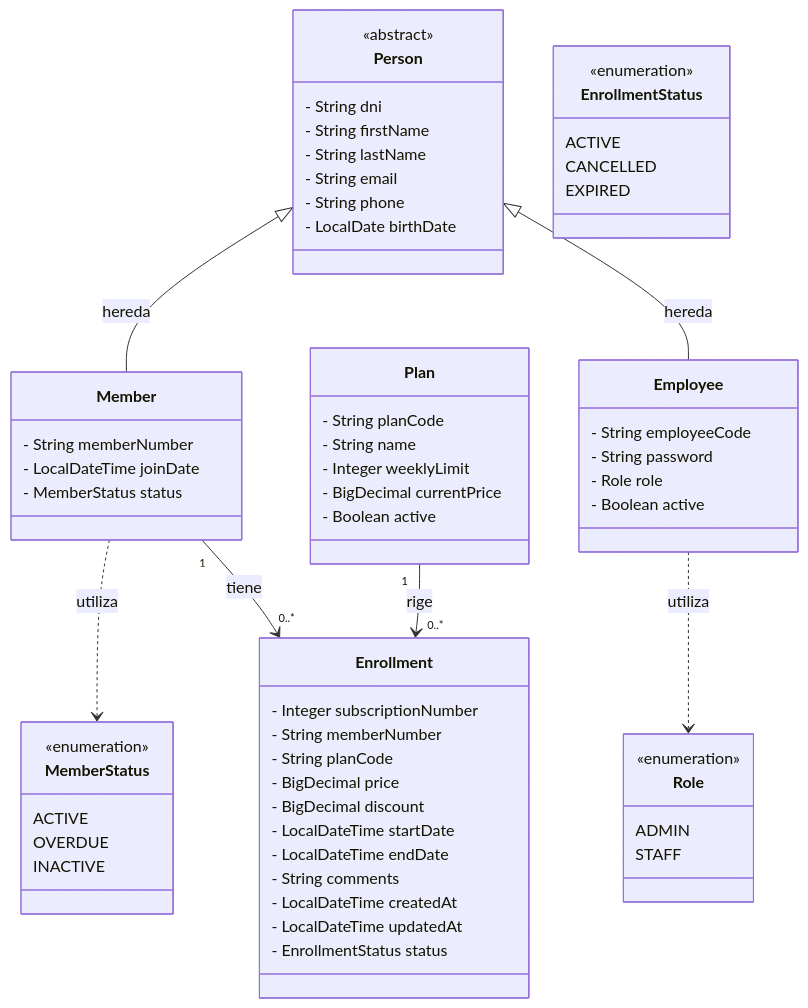
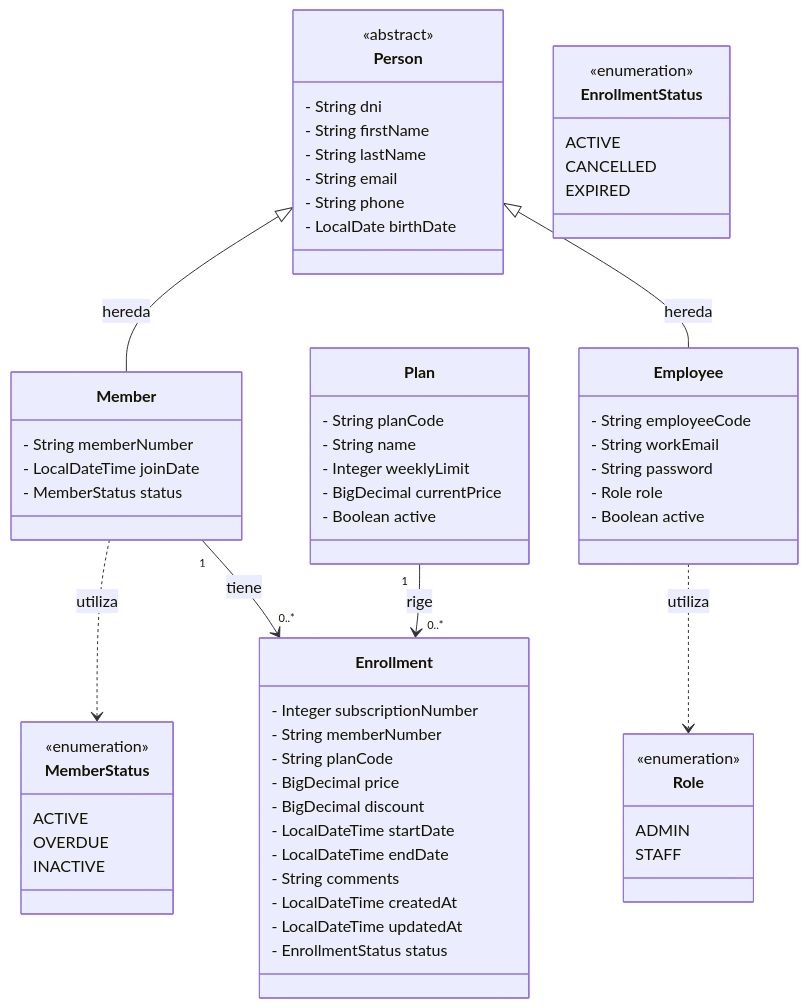
Before and after one commit to santiagovOK/TFI_grupo144: the first of 2 diagrams in docs/entidades.md, drawn with Mermaid. The commit also changed other lines of this file and 5 other files, not shown here.

````diff
--- a/docs/entidades.md
+++ b/docs/entidades.md
@@ -13,76 +13,77 @@
 ```mermaid
 classDiagram
     direction TB
 
     class Person {
         <<abstract>>
         - String dni
         - String firstName
         - String lastName
         - String email
         - String phone
         - LocalDate birthDate
     }
 
     class Member {
         - String memberNumber
         - LocalDateTime joinDate
         - MemberStatus status
     }
 
     class Employee {
         - String employeeCode
+        - String workEmail
         - String password
         - Role role
         - Boolean active
     }
 
     class Plan {
         - String planCode
         - String name
         - Integer weeklyLimit
         - BigDecimal currentPrice
         - Boolean active
     }
 
     class Enrollment {
         - Integer subscriptionNumber
         - String memberNumber
         - String planCode
         - BigDecimal price
         - BigDecimal discount
         - LocalDateTime startDate
         - LocalDateTime endDate
         - String comments
         - LocalDateTime createdAt
         - LocalDateTime updatedAt
         - EnrollmentStatus status
     }
 
     class EnrollmentStatus {
         <<enumeration>>
         ACTIVE
         CANCELLED
         EXPIRED
     }
     class Role {
         <<enumeration>>
         ADMIN
         STAFF
     }
 
     class MemberStatus {
         <<enumeration>>
         ACTIVE
         OVERDUE
         INACTIVE
     }
 
 
     Person <|-- Member : hereda
     Person <|-- Employee : hereda
     Employee ..> Role : utiliza
     Member ..> MemberStatus : utiliza
     Member "1" --> "0..*" Enrollment : tiene
     Plan "1" --> "0..*" Enrollment : rige
 ```
````
